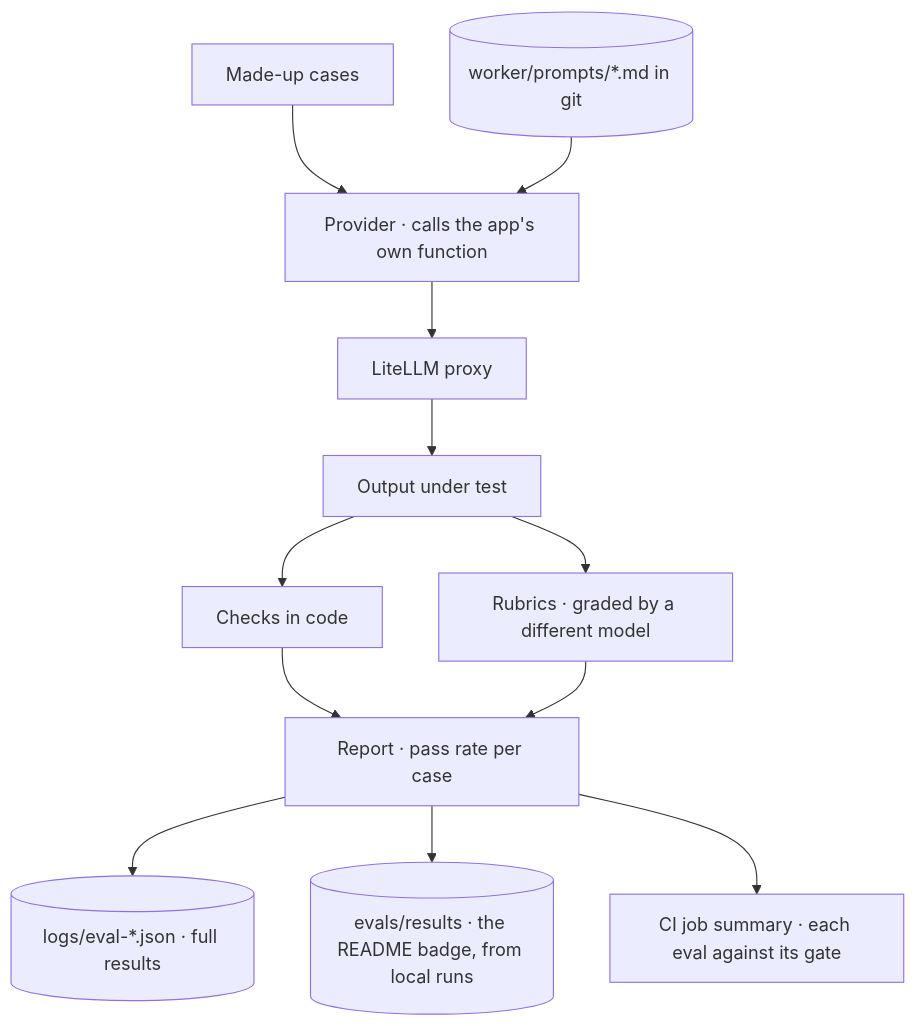
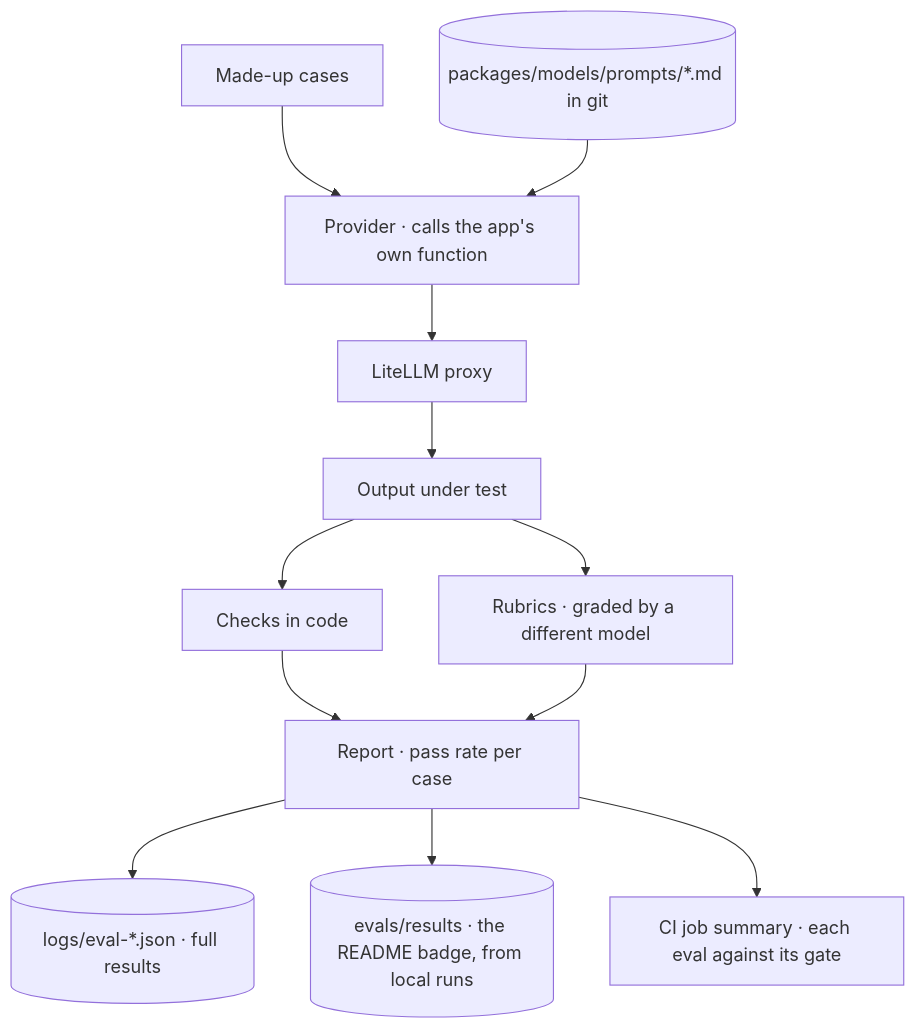
The sixth of 6 diagrams in README.md (doubleoevan/carlnotes), drawn with Mermaid before and after one commit. The commit also changed other lines of this file and 2279 other files, not shown here.

````diff
--- a/README.md
+++ b/README.md
@@ -269,14 +276,14 @@
 ```mermaid
 flowchart
     Cases[Made-up cases] --> Provider[Provider · calls the app's own function]
-    Templates[(worker/prompts/*.md in git)] --> Provider
+    Templates[(packages/models/prompts/*.md in git)] --> Provider
     Provider --> LiteLLM[LiteLLM proxy]
     LiteLLM --> Output[Output under test]
     Output --> Code[Checks in code]
     Output --> Rubrics[Rubrics · graded by a different model]
     Code --> Report[Report · pass rate per case]
     Rubrics --> Report
     Report --> Results[(logs/eval-*.json · full results)]
     Report --> Badge[(evals/results · the README badge, from local runs)]
     Report --> Summary[CI job summary · each eval against its gate]
 ```
````
